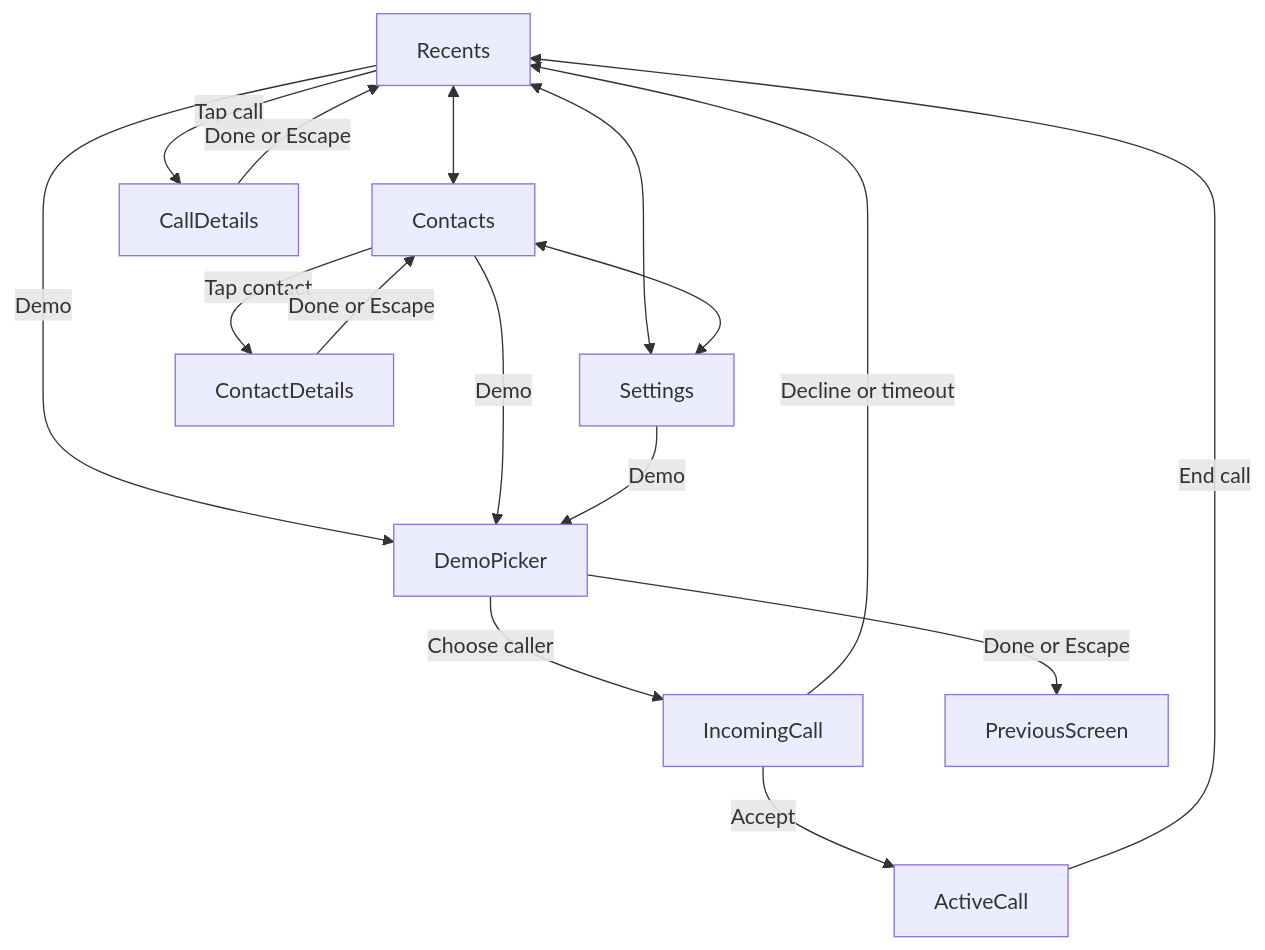
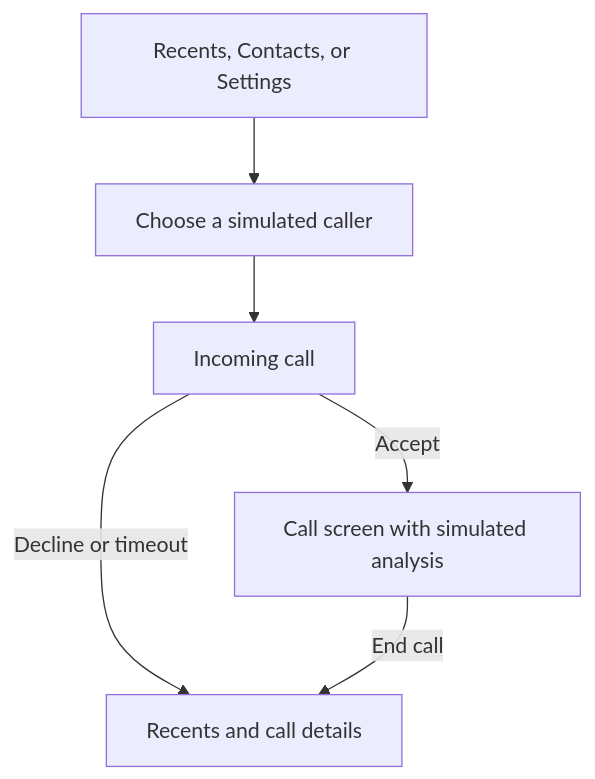
One commit to shreymp/congressional-app-challenge-2026 changed the diagram in frontendscreens/README.md. Above: the diagram before and after it, drawn with Mermaid. The commit also changed other lines of this file and 28 other files, not shown here.

````diff
--- a/frontendscreens/README.md
+++ b/frontendscreens/README.md
@@ -12,18 +12,8 @@
 ```mermaid
 flowchart TD
-  Recents <--> Contacts
-  Recents <--> Settings
-  Contacts <--> Settings
-  Recents -->|Tap call| CallDetails
-  Contacts -->|Tap contact| ContactDetails
-  CallDetails -->|Done or Escape| Recents
-  ContactDetails -->|Done or Escape| Contacts
-  Recents -->|Demo| DemoPicker
-  Contacts -->|Demo| DemoPicker
-  Settings -->|Demo| DemoPicker
-  DemoPicker -->|Choose caller| IncomingCall
-  DemoPicker -->|Done or Escape| PreviousScreen
-  IncomingCall -->|Accept| ActiveCall
-  IncomingCall -->|Decline or timeout| Recents
-  ActiveCall -->|End call| Recents
+  Home[Recents, Contacts, or Settings] --> Demo[Choose a simulated caller]
+  Demo --> Incoming[Incoming call]
+  Incoming -->|Accept| Active[Call screen with simulated analysis]
+  Incoming -->|Decline or timeout| History[Recents and call details]
+  Active -->|End call| History
 ```
````
